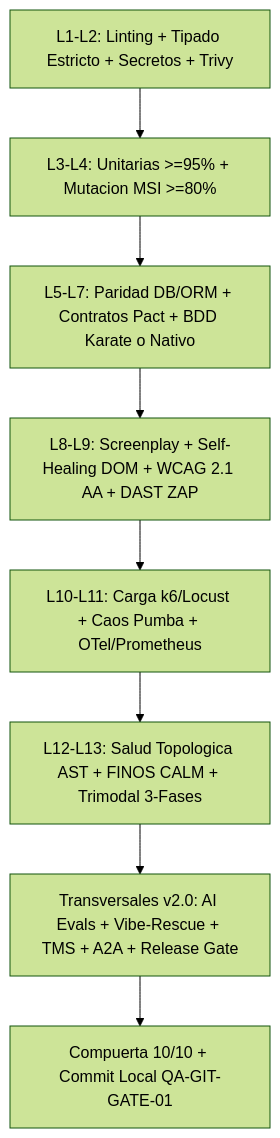
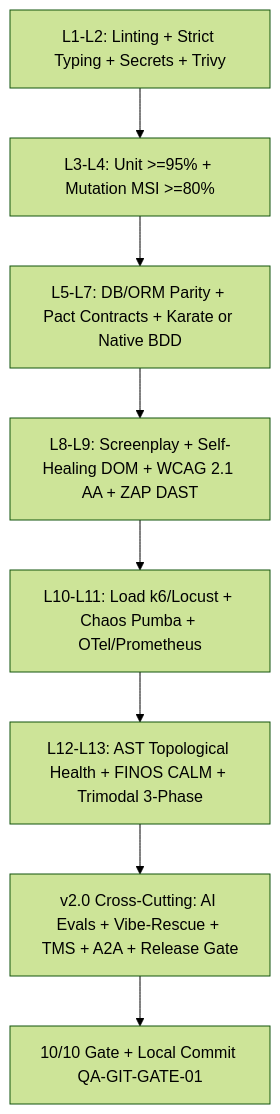
The diagram in docs/01_ARQUITECTURA_PIRAMIDE_11X.md (tecno-consultores/qa-testing-blueprints), drawn with Mermaid (forest theme) before and after one commit. The commit also changed other lines of this file and 104 other files, not shown here.

````diff
--- a/docs/01_ARQUITECTURA_PIRAMIDE_11X.md
+++ b/docs/01_ARQUITECTURA_PIRAMIDE_11X.md
@@ -29,10 +31,10 @@
 ```mermaid
 flowchart TD
-    L01["L1-L2: Linting + Tipado Estricto + Secretos + Trivy"] --> L03["L3-L4: Unitarias >=95% + Mutacion MSI >=80%"]
-    L03 --> L05["L5-L7: Paridad DB/ORM + Contratos Pact + BDD Karate o Nativo"]
-    L05 --> L08["L8-L9: Screenplay + Self-Healing DOM + WCAG 2.1 AA + DAST ZAP"]
-    L08 --> L10["L10-L11: Carga k6/Locust + Caos Pumba + OTel/Prometheus"]
-    L10 --> L12["L12-L13: Salud Topologica AST + FINOS CALM + Trimodal 3-Fases"]
-    L12 --> Transversal["Transversales v2.0: AI Evals + Vibe-Rescue + TMS + A2A + Release Gate"]
-    Transversal --> Closure["Compuerta 10/10 + Commit Local QA-GIT-GATE-01"]
+    L01["L1-L2: Linting + Strict Typing + Secrets + Trivy"] --> L03["L3-L4: Unit >=95% + Mutation MSI >=80%"]
+    L03 --> L05["L5-L7: DB/ORM Parity + Pact Contracts + Karate or Native BDD"]
+    L05 --> L08["L8-L9: Screenplay + Self-Healing DOM + WCAG 2.1 AA + ZAP DAST"]
+    L08 --> L10["L10-L11: Load k6/Locust + Chaos Pumba + OTel/Prometheus"]
+    L10 --> L12["L12-L13: AST Topological Health + FINOS CALM + Trimodal 3-Phase"]
+    L12 --> Transversal["v2.0 Cross-Cutting: AI Evals + Vibe-Rescue + TMS + A2A + Release Gate"]
+    Transversal --> Closure["10/10 Gate + Local Commit QA-GIT-GATE-01"]
 ```
````
